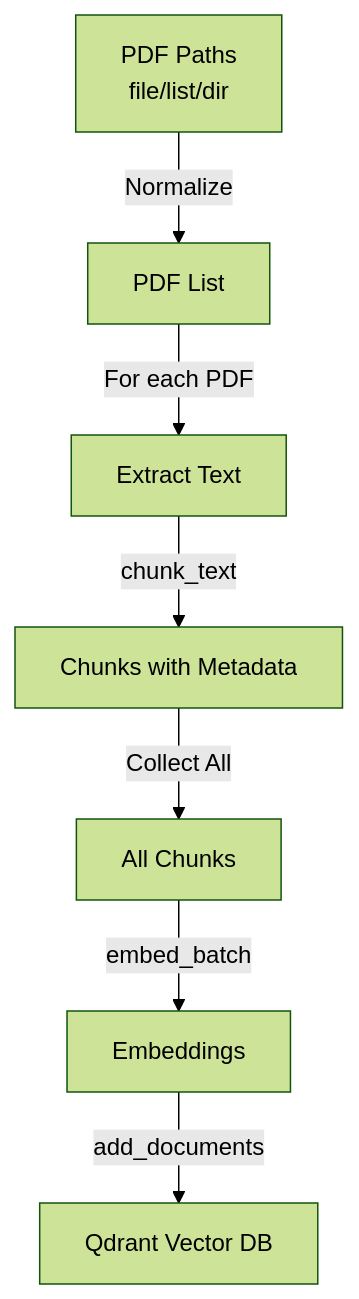
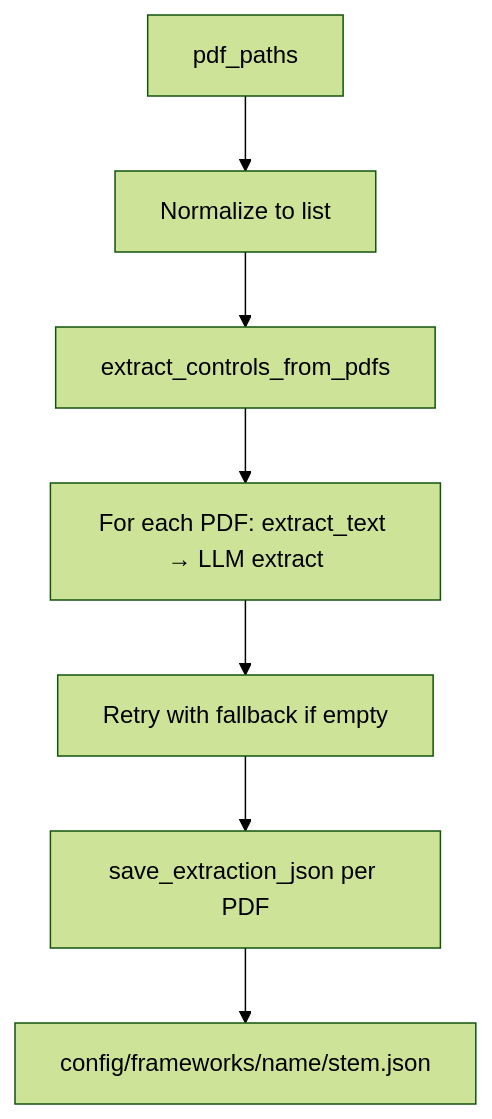
Before and after one commit to AFAskar/Governance-Agent: the first of 3 diagrams in services/ai-service/src/ARCHITECTURE.md, drawn with Mermaid (forest theme). The commit also changed other lines of this file and 16 other files, not shown here.

````diff
--- a/services/ai-service/src/ARCHITECTURE.md
+++ b/services/ai-service/src/ARCHITECTURE.md
@@ -364,9 +264,9 @@
 ```mermaid
 flowchart TD
-    A[PDF Paths<br/>file/list/dir] -->|Normalize| B[PDF List]
-    B -->|For each PDF| C[Extract Text]
-    C -->|chunk_text| D[Chunks with Metadata]
-    D -->|Collect All| E[All Chunks]
-    E -->|embed_batch| F[Embeddings]
-    F -->|add_documents| G[Qdrant Vector DB]
+    A[pdf_paths] --> B[Normalize to list]
+    B --> C[extract_controls_from_pdfs]
+    C --> D[For each PDF: extract_text → LLM extract]
+    D --> E[Retry with fallback if empty]
+    E --> F[save_extraction_json per PDF]
+    F --> G[config/frameworks/name/stem.json]
 ```
````
